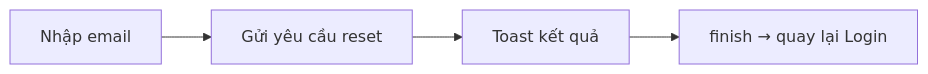
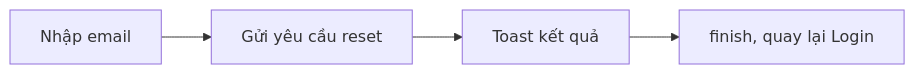
The third of 7 diagrams in README.md (Dak1096/MobileDev_2026), drawn with Mermaid before and after one commit. The commit also changed other lines of this file, not shown here.

Commit message:
Update flowcharts in README for clarity

````diff
--- a/README.md
+++ b/README.md
@@ -120,4 +125,6 @@
 ```mermaid
 flowchart LR
-    A[Nhập email] --> B[Gửi yêu cầu reset] --> C[Toast kết quả] --> D[finish → quay lại Login]
+    A["Nhập email"] --> B["Gửi yêu cầu reset"]
+    B --> C["Toast kết quả"]
+    C --> D["finish, quay lại Login"]
 ```
````
